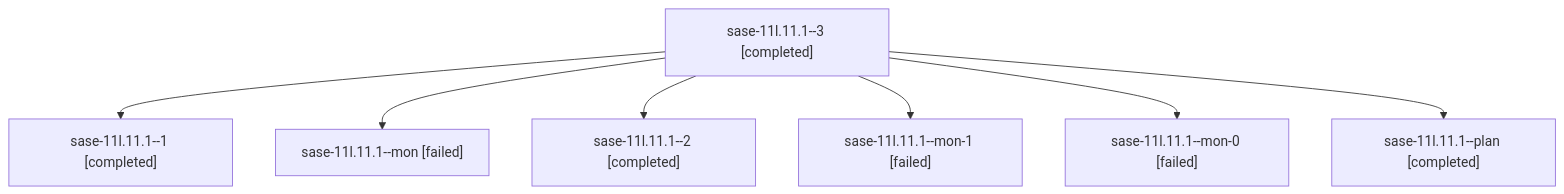
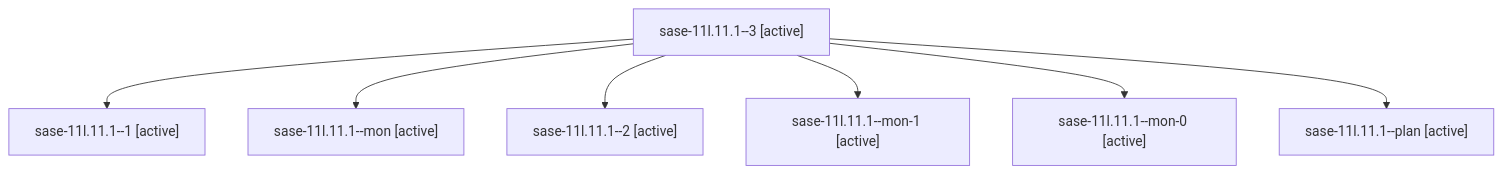
The diagram in families/bbugyi200.athena.sase-11l.11.1.md (sase-org/sase--agents), drawn with Mermaid before and after one commit. The commit also changed other lines of this file and 192 other files, not shown here.

````diff
--- a/families/bbugyi200.athena.sase-11l.11.1.md
+++ b/families/bbugyi200.athena.sase-11l.11.1.md
@@ -9,16 +9,16 @@
 ```mermaid
 flowchart TD
-  n0["sase-11l.11.1--3 [completed]"]
-  n1["sase-11l.11.1--1 [completed]"]
+  n0["sase-11l.11.1--3 [active]"]
+  n1["sase-11l.11.1--1 [active]"]
   n0 --> n1
-  n2["sase-11l.11.1--mon [failed]"]
+  n2["sase-11l.11.1--mon [active]"]
   n0 --> n2
-  n3["sase-11l.11.1--2 [completed]"]
+  n3["sase-11l.11.1--2 [active]"]
   n0 --> n3
-  n4["sase-11l.11.1--mon-1 [failed]"]
+  n4["sase-11l.11.1--mon-1 [active]"]
   n0 --> n4
-  n5["sase-11l.11.1--mon-0 [failed]"]
+  n5["sase-11l.11.1--mon-0 [active]"]
   n0 --> n5
-  n6["sase-11l.11.1--plan [completed]"]
+  n6["sase-11l.11.1--plan [active]"]
   n0 --> n6
 ```
````
